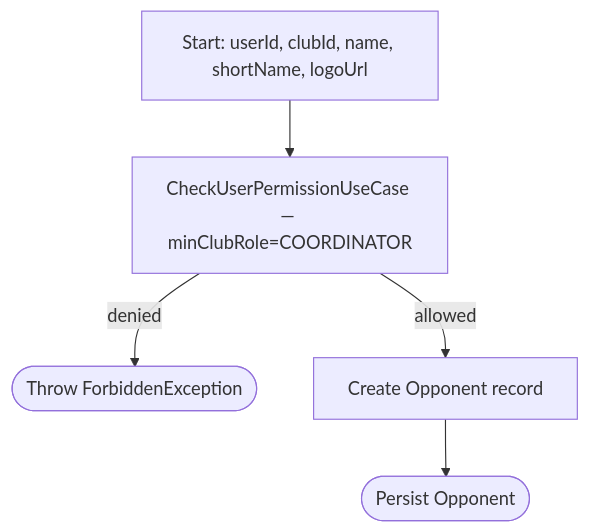
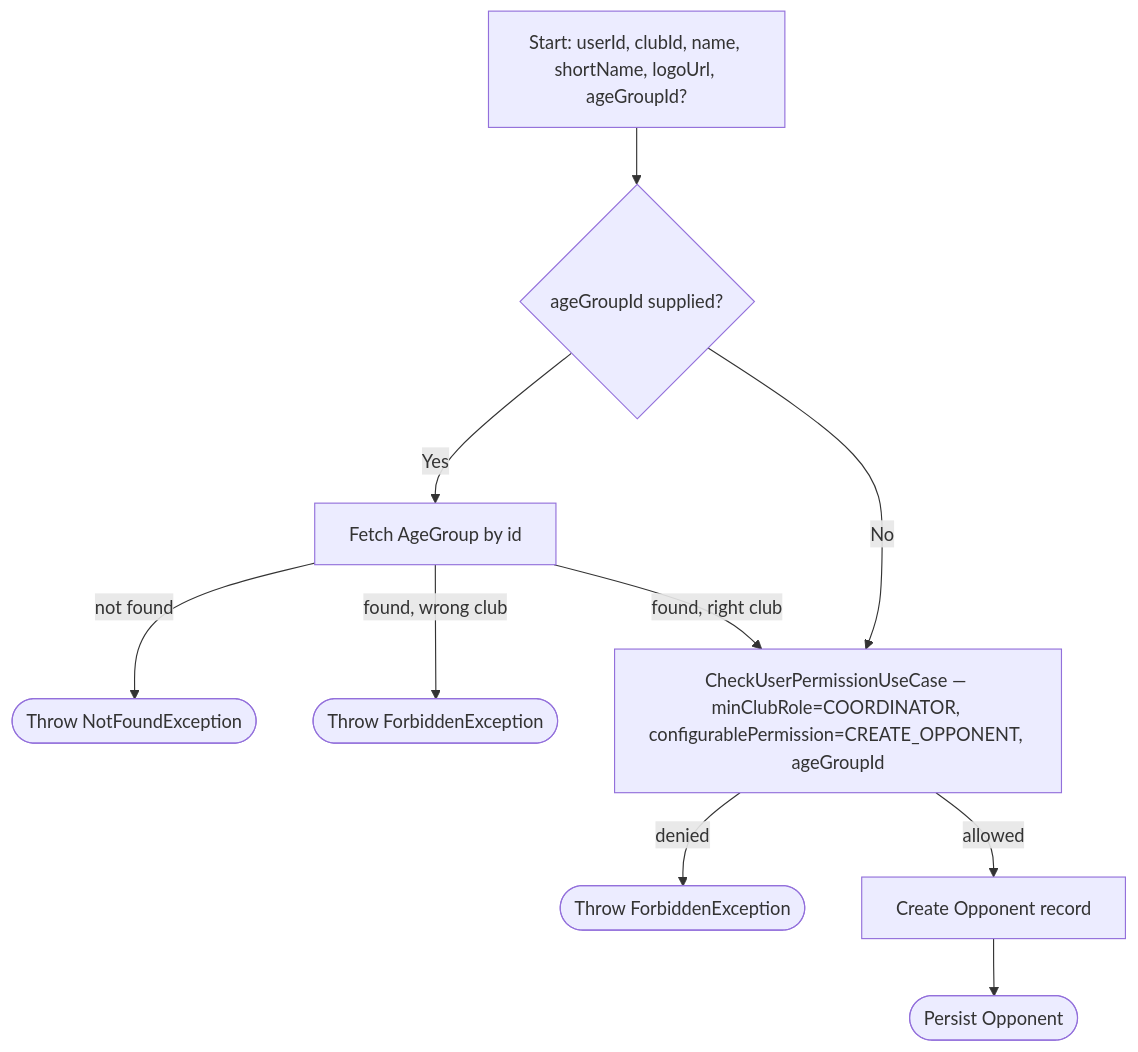
Before and after one commit to ricardofrango/squadify: diagram 36 of 57 in PROCESS_FLOWS.md, drawn with Mermaid. The commit also changed other lines of this file and 87 other files, not shown here.

First line of the commit message:
Add configurable club permissions

````diff
--- a/PROCESS_FLOWS.md
+++ b/PROCESS_FLOWS.md
@@ -732,7 +773,12 @@
 ```mermaid
 graph TD
-    A[Start: userId, clubId, name, shortName, logoUrl] --> B[CheckUserPermissionUseCase — minClubRole=COORDINATOR]
+    A[Start: userId, clubId, name, shortName, logoUrl, ageGroupId?] --> AG{ageGroupId supplied?}
+    AG -- Yes --> AGF[Fetch AgeGroup by id]
+    AGF -- not found --> N(["Throw NotFoundException"])
+    AGF -- found, wrong club --> FB(["Throw ForbiddenException"])
+    AGF -- found, right club --> B
+    AG -- No --> B[CheckUserPermissionUseCase — minClubRole=COORDINATOR, configurablePermission=CREATE_OPPONENT, ageGroupId]
     B -- denied --> F(["Throw ForbiddenException"])
     B -- allowed --> C[Create Opponent record]
     C --> Z(["Persist Opponent"])
 ```
````
